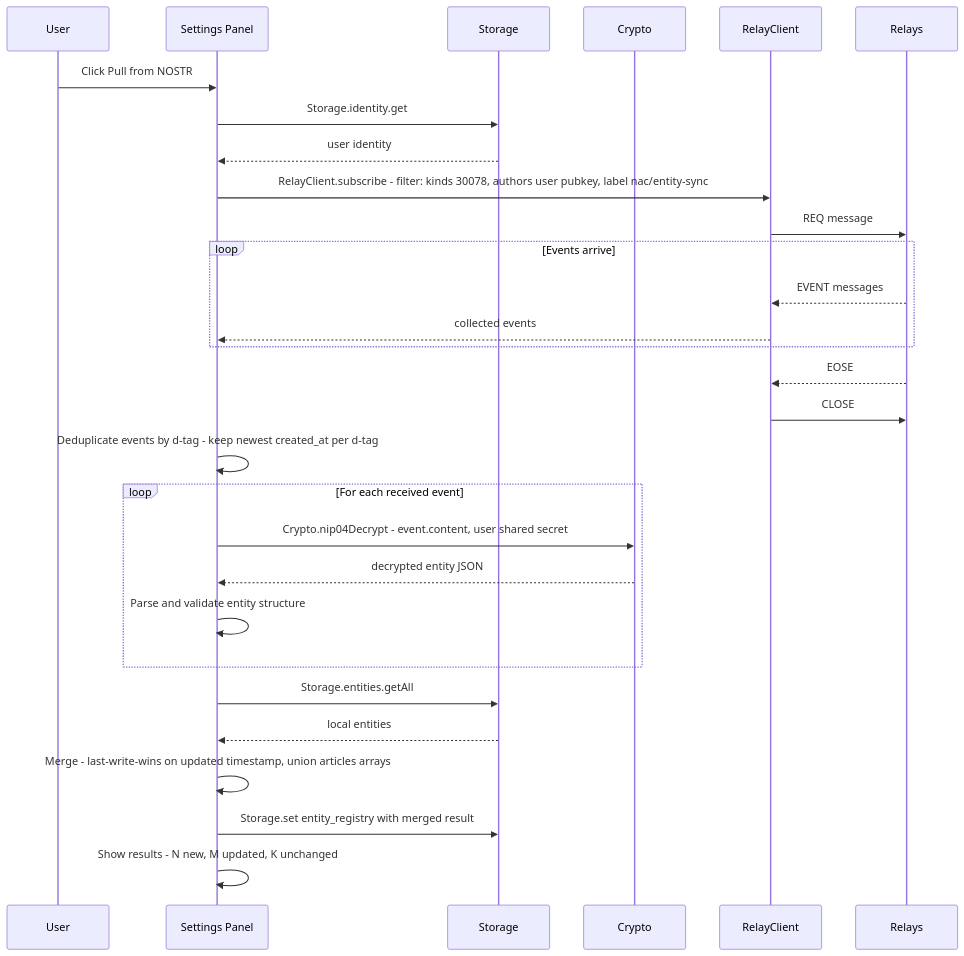
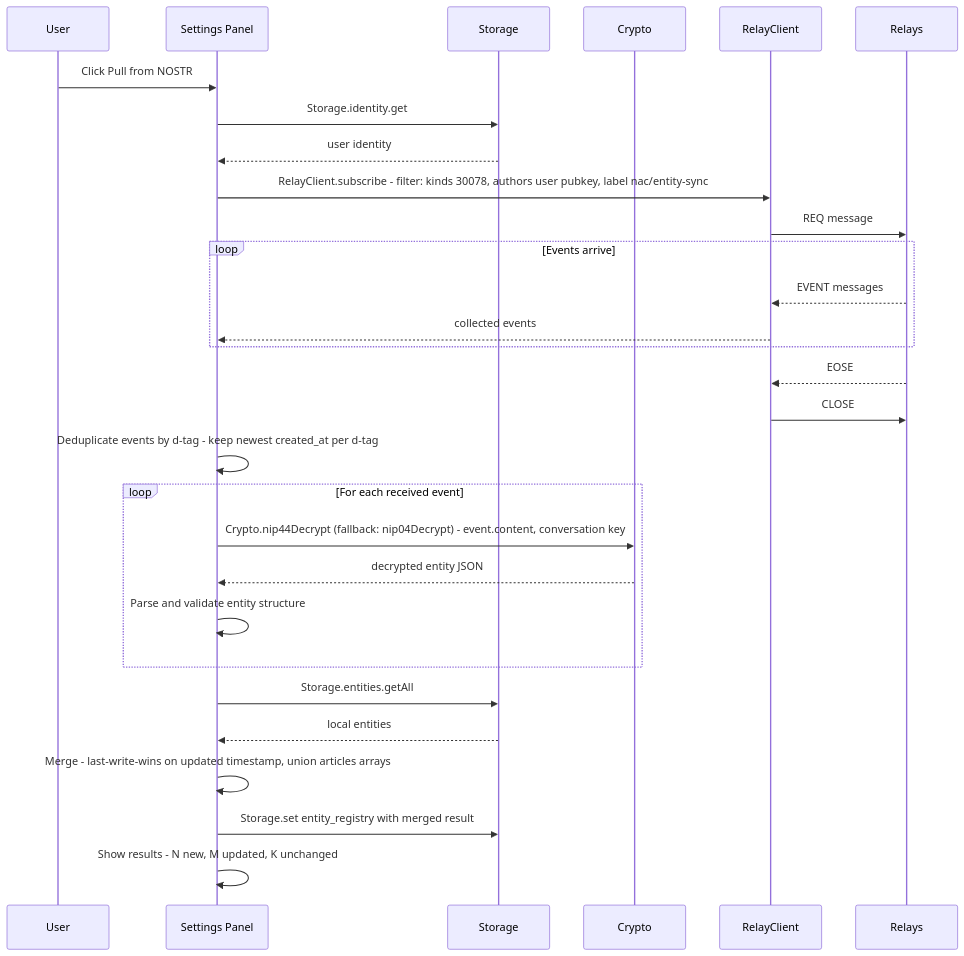
The second of 2 diagrams in docs/entity-sync-design.md (bryanmatthewsimonson/nostr-article-capture), drawn with Mermaid before and after one commit. The commit also changed other lines of this file and 3 other files, not shown here.

````diff
--- a/docs/entity-sync-design.md
+++ b/docs/entity-sync-design.md
@@ -318,38 +309,38 @@
 ```mermaid
 sequenceDiagram
     participant U as User
     participant UI as Settings Panel
     participant S as Storage
     participant C as Crypto
     participant RC as RelayClient
     participant R as Relays
 
     U->>UI: Click Pull from NOSTR
     UI->>S: Storage.identity.get
     S-->>UI: user identity
 
     UI->>RC: RelayClient.subscribe - filter: kinds 30078, authors user pubkey, label nac/entity-sync
     RC->>R: REQ message
     
     loop Events arrive
         R-->>RC: EVENT messages
         RC-->>UI: collected events
     end
     R-->>RC: EOSE
     RC->>R: CLOSE
 
     UI->>UI: Deduplicate events by d-tag - keep newest created_at per d-tag
 
     loop For each received event
-        UI->>C: Crypto.nip04Decrypt - event.content, user shared secret
+        UI->>C: Crypto.nip44Decrypt (fallback: nip04Decrypt) - event.content, conversation key
         C-->>UI: decrypted entity JSON
         UI->>UI: Parse and validate entity structure
     end
 
     UI->>S: Storage.entities.getAll
     S-->>UI: local entities
 
     UI->>UI: Merge - last-write-wins on updated timestamp, union articles arrays
     UI->>S: Storage.set entity_registry with merged result
     UI->>UI: Show results - N new, M updated, K unchanged
 ```
````
